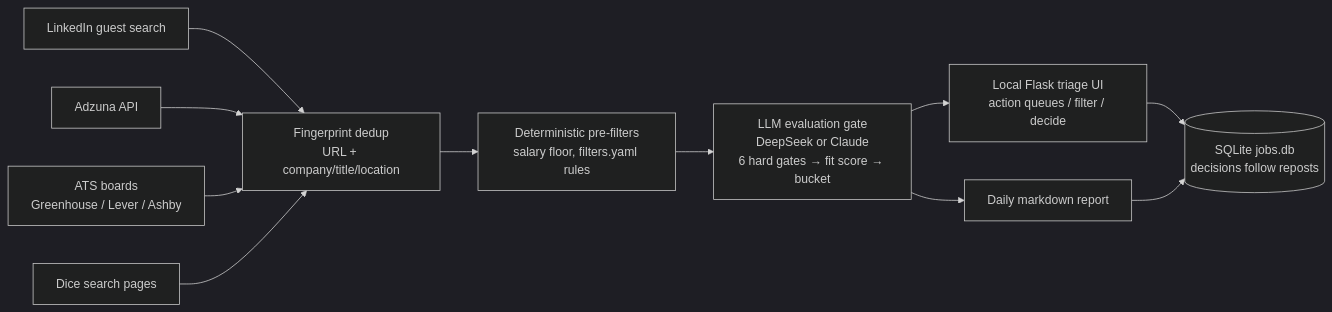
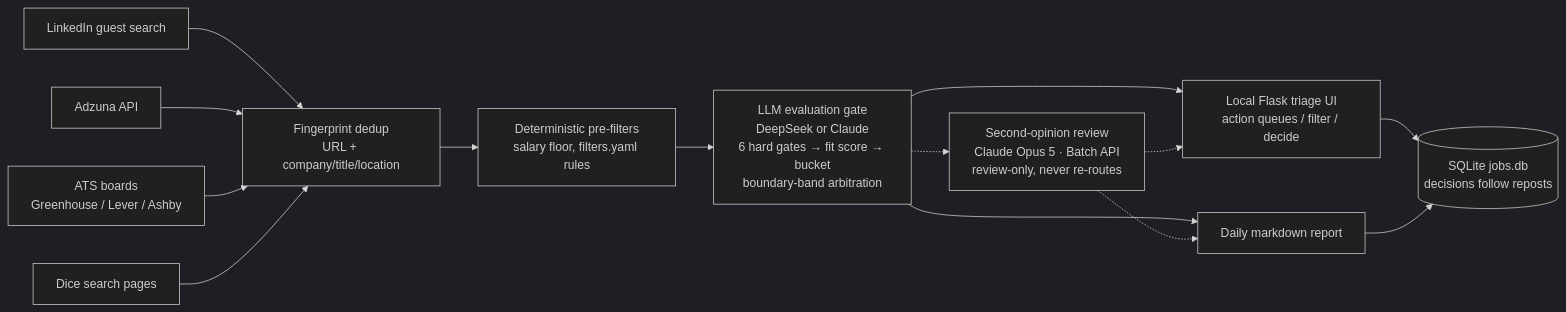
One commit to MIDDLESECOND/jobsearch_pipeline changed the diagram in README.md. Above: the diagram before and after it, drawn with Mermaid (dark theme). The commit also changed other lines of this file and 1 other file, not shown here.

First line of the commit message:
docs: refresh README for the second-opinion layer, arbitration, and current volume

````diff
--- a/README.md
+++ b/README.md
@@ -35,13 +35,16 @@
 ```mermaid
 flowchart LR
     A["LinkedIn guest search"] --> D["Fingerprint dedup<br/>URL + company/title/location"]
     B["Adzuna API"] --> D
     C["ATS boards<br/>Greenhouse / Lever / Ashby"] --> D
     J["Dice search pages"] --> D
     D --> E["Deterministic pre-filters<br/>salary floor, filters.yaml rules"]
-    E --> F["LLM evaluation gate<br/>DeepSeek or Claude<br/>6 hard gates → fit score → bucket"]
+    E --> F["LLM evaluation gate<br/>DeepSeek or Claude<br/>6 hard gates → fit score → bucket<br/>boundary-band arbitration"]
     F --> G["Daily markdown report"]
     F --> H["Local Flask triage UI<br/>action queues / filter / decide"]
+    F -.-> K["Second-opinion review<br/>Claude Opus 5 · Batch API<br/>review-only, never re-routes"]
+    K -.-> G
+    K -.-> H
     H --> I[("SQLite jobs.db<br/>decisions follow reposts")]
     G --> I
 ```
````
